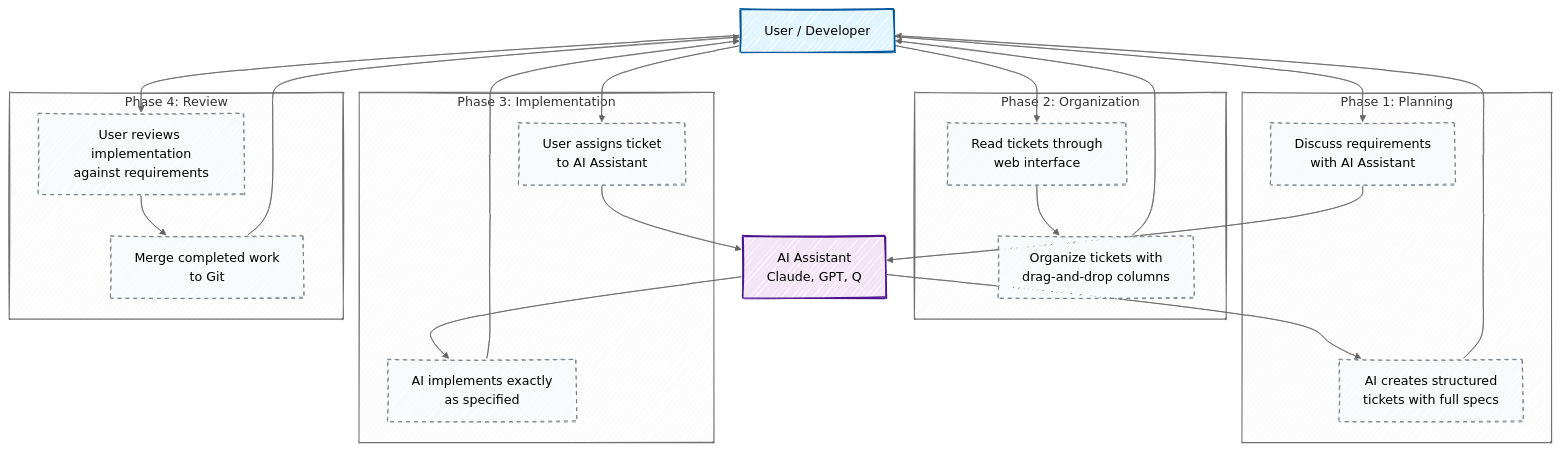
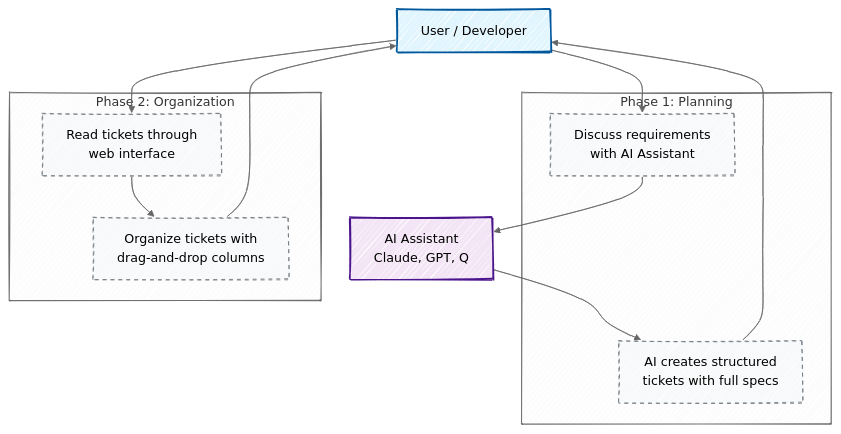
Before and after one commit to andkirby/markdown-ticket: the first of 2 diagrams in README.md, drawn with Mermaid. The commit also changed other lines of this file, not shown here.

Commit message:
docs: split workflow diagram into two sections for clarity

````diff
--- a/README.md
+++ b/README.md
@@ -67,54 +69,35 @@
 ```mermaid
 ---
 config:
   look: handDrawn
   theme: neutral
 ---
 flowchart TD
     User[User / Developer]
     LLM[AI Assistant<br/>Claude, GPT, Q]
 
     subgraph "Phase 1: Planning"
         A1[Discuss requirements<br/>with AI Assistant]
         A2[AI creates structured<br/>tickets with full specs]
     end
 
     subgraph "Phase 2: Organization"
         B1[Read tickets through<br/>web interface]
         B2[Organize tickets with<br/>drag-and-drop columns]
     end
 
-    subgraph "Phase 3: Implementation"
-        C1[User assigns ticket<br/>to AI Assistant]
-        C2[AI implements exactly<br/>as specified]
-    end
-
-    subgraph "Phase 4: Review"
-        D1[User reviews implementation<br/>against requirements]
-        D2[Merge completed work<br/>to Git]
-    end
-
     User --> A1
     A1 --> LLM
     LLM --> A2
     A2 --> User
 
     User --> B1
     B1 --> B2
     B2 --> User
 
-    User --> C1
-    C1 --> LLM
-    LLM --> C2
-    C2 --> User
-
-    User --> D1
-    D1 --> D2
-    D2 --> User
-
     style User fill:#e1f5fe,stroke:#01579b,stroke-width:2px
     style LLM fill:#f3e5f5,stroke:#4a148c,stroke-width:2px
 
     classDef phaseBox fill:#f8f9fa,stroke:#6c757d,stroke-width:1px,stroke-dasharray: 5 5
-    class A1,A2,B1,B2,C1,C2,D1,D2 phaseBox
+    class A1,A2,B1,B2 phaseBox
 ```
````
